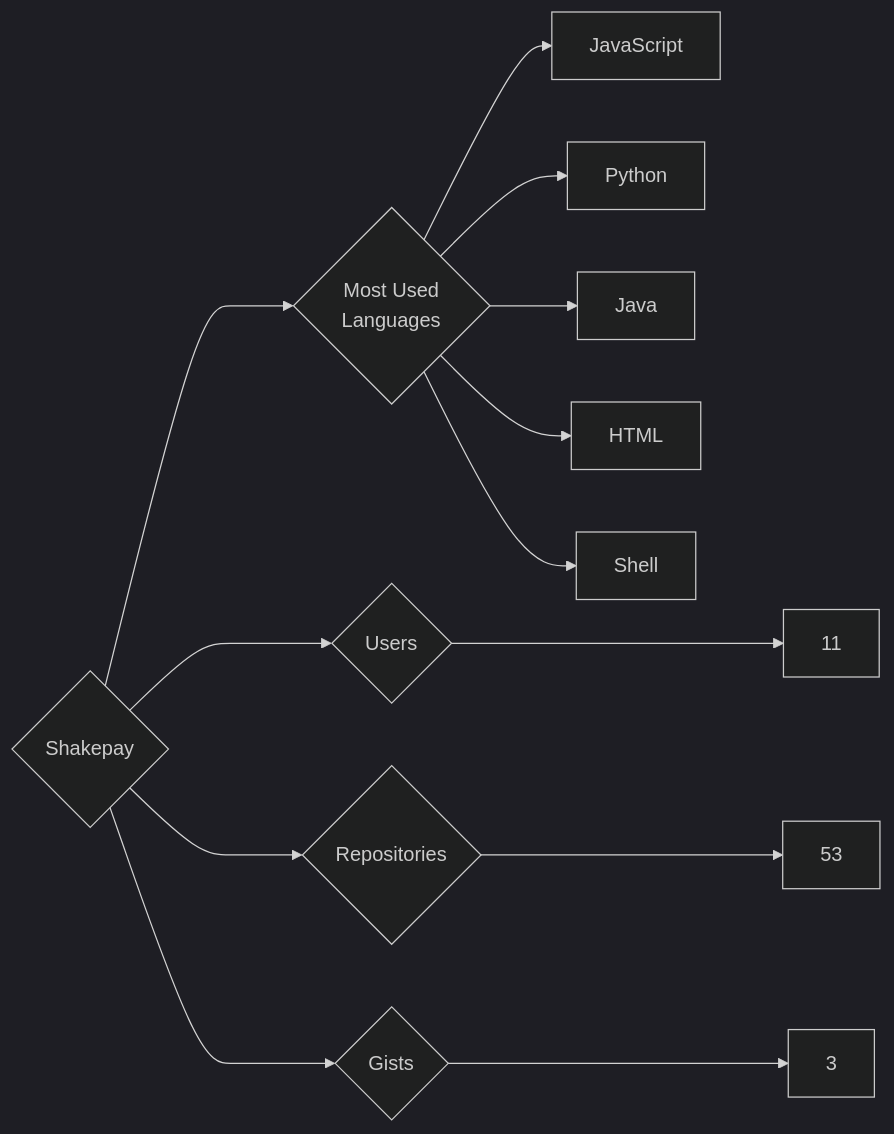
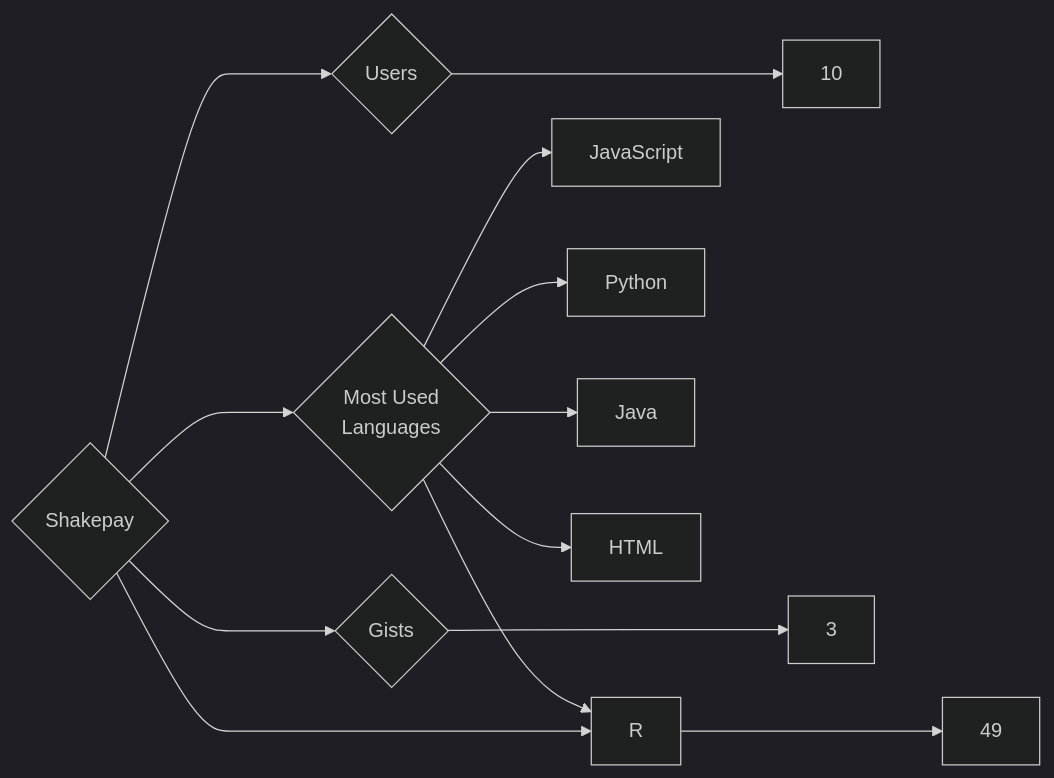
Before and after one commit to trickest/insiders: the diagram in targets/Shakepay/README.md, drawn with Mermaid (dark theme). The commit also changed 1011 other files, not shown here.

````diff
--- a/targets/Shakepay/README.md
+++ b/targets/Shakepay/README.md
@@ -3,13 +3,13 @@
 ```mermaid
 graph LR
 COMPANY_NAME{Shakepay}
-COMPANY_NAME ---> U{Users} ---> UN[11]
-COMPANY_NAME ---> R{Repositories} ---> RN[53]
+COMPANY_NAME ---> U{Users} ---> UN[10]
+COMPANY_NAME ---> R{Repositories} ---> RN[49]
 COMPANY_NAME ---> G{Gists} ---> GN[3]
 COMPANY_NAME ---> ML{Most Used<br>Languages}
 ML --> JavaScript[JavaScript]
 ML --> Python[Python]
 ML --> Java[Java]
 ML --> HTML[HTML]
-ML --> Shell[Shell]
+ML --> R[R]
 ```
````
